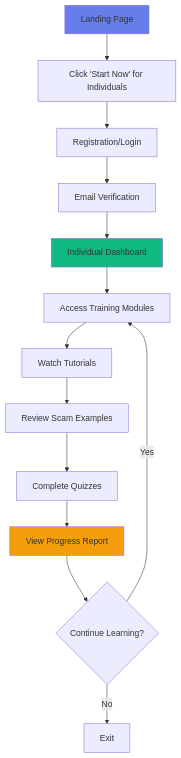
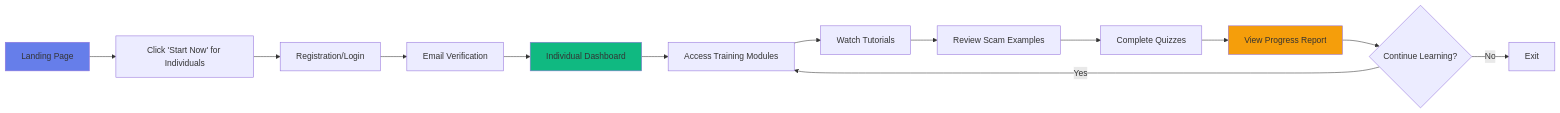
One commit to satashili/graph1 changed the first of 3 diagrams in picture.md. Above: the diagram before and after it, drawn with Mermaid. The commit also changed other lines of this file, not shown here.

Commit message:
vertical

````diff
--- a/picture.md
+++ b/picture.md
@@ -5,19 +5,19 @@
 ```mermaid
-graph TD
+graph LR
     A[Landing Page] --> B[Click 'Start Now' for Individuals]
     B --> C[Registration/Login]
     C --> D[Email Verification]
     D --> E[Individual Dashboard]
     E --> F[Access Training Modules]
     F --> G[Watch Tutorials]
     G --> H[Review Scam Examples]
     H --> I[Complete Quizzes]
     I --> J[View Progress Report]
     J --> K{Continue Learning?}
     K -->|Yes| F
     K -->|No| L[Exit]
     
     style A fill:#667eea
     style E fill:#10B981
     style J fill:#F59E0B
 ```
````
